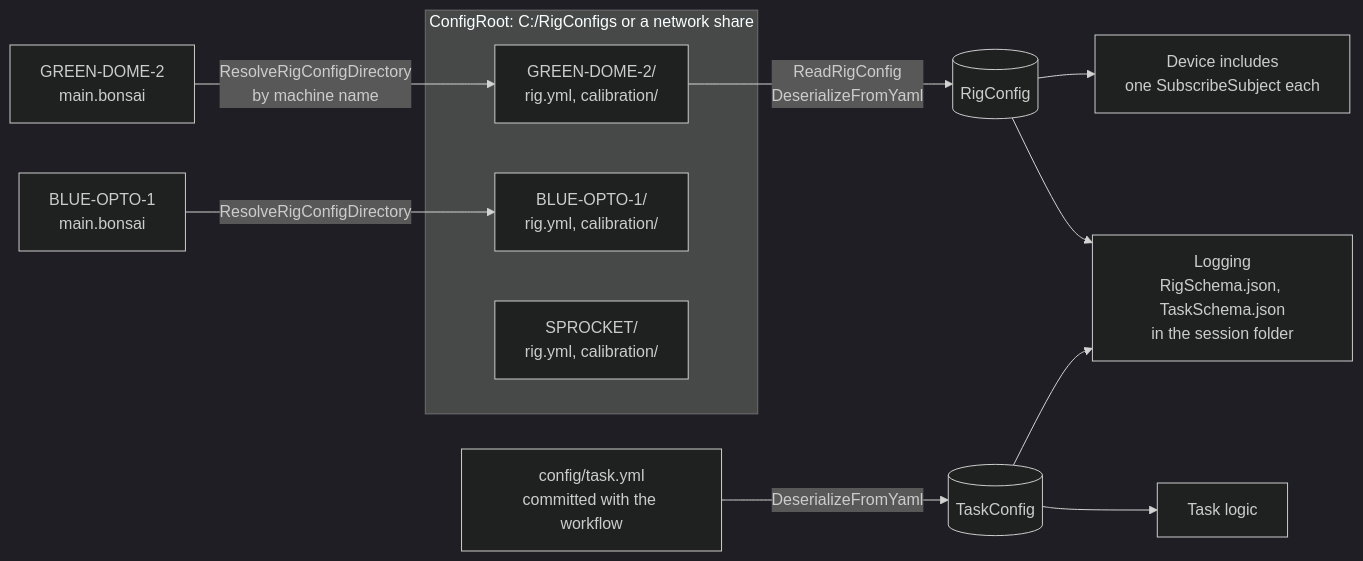
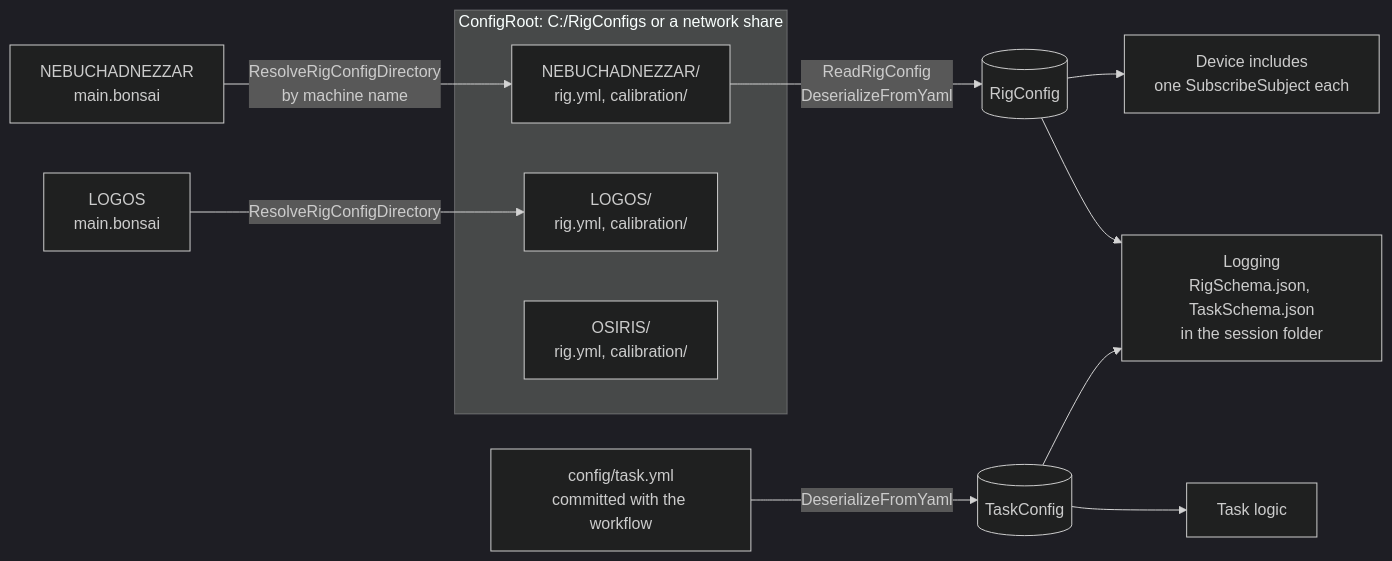
The diagram in docs/articles/a-rig-on-the-platform.md (open-rigs/open-rigs), drawn with Mermaid (dark theme) before and after one commit. The commit also changed other lines of this file, not shown here.

Commit message:
Walk the template workflow in the rig article

````diff
--- a/docs/articles/a-rig-on-the-platform.md
+++ b/docs/articles/a-rig-on-the-platform.md
@@ -9,16 +33,16 @@
 ```mermaid
 flowchart LR
     subgraph Root["ConfigRoot: C:/RigConfigs or a network share"]
-        D1["GREEN-DOME-2/<br/>rig.yml, calibration/"]
-        D2["BLUE-OPTO-1/<br/>rig.yml, calibration/"]
-        D3["SPROCKET/<br/>rig.yml, calibration/"]
+        D1["NEBUCHADNEZZAR/<br/>rig.yml, calibration/"]
+        D2["LOGOS/<br/>rig.yml, calibration/"]
+        D3["OSIRIS/<br/>rig.yml, calibration/"]
     end
-    M1["GREEN-DOME-2<br/>main.bonsai"] -- "ResolveRigConfigDirectory<br/>by machine name" --> D1
-    M2["BLUE-OPTO-1<br/>main.bonsai" ] -- "ResolveRigConfigDirectory" --> D2
+    M1["NEBUCHADNEZZAR<br/>main.bonsai"] -- "ResolveRigConfigDirectory<br/>by machine name" --> D1
+    M2["LOGOS<br/>main.bonsai" ] -- "ResolveRigConfigDirectory" --> D2
     D1 -- "ReadRigConfig<br/>DeserializeFromYaml" --> RC[("RigConfig")]
     RC --> Dev["Device includes<br/>one SubscribeSubject each"]
     T["config/task.yml<br/>committed with the workflow"] -- "DeserializeFromYaml" --> TC[("TaskConfig")]
     TC --> Task["Task logic"]
     RC --> Log["Logging<br/>RigSchema.json, TaskSchema.json<br/>in the session folder"]
     TC --> Log
 ```
````
